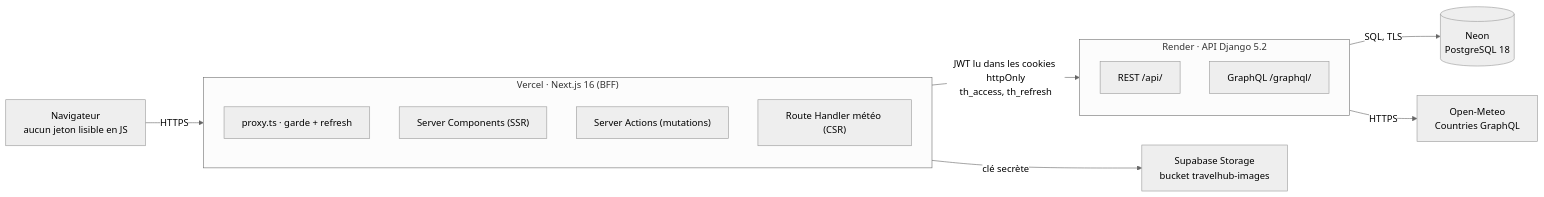
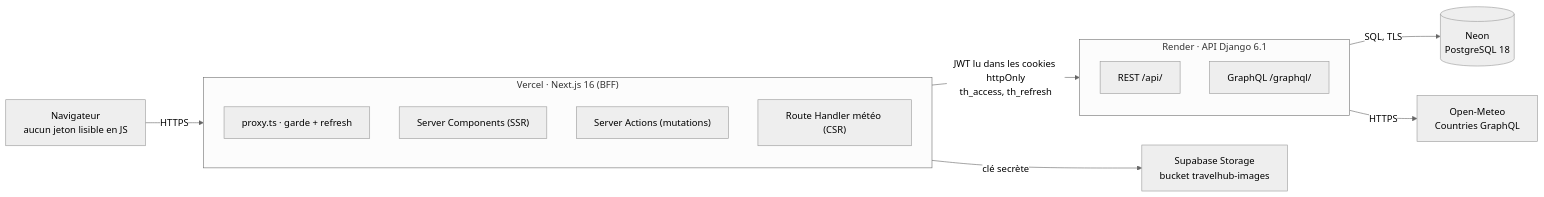
The diagram in docs/plan-tp2.md (TheManInPink/TravelHub), drawn with Mermaid (neutral theme) before and after one commit. The commit also changed other lines of this file, not shown here.

Commit message:
docs : le back-end passe à Django 6.1 dans le plan du TP2

````diff
--- a/docs/plan-tp2.md
+++ b/docs/plan-tp2.md
@@ -146,22 +146,22 @@
 ```mermaid
 flowchart LR
     nav["Navigateur<br/>aucun jeton lisible en JS"]
     subgraph vercel["Vercel · Next.js 16 (BFF)"]
         proxy["proxy.ts · garde + refresh"]
         rsc["Server Components (SSR)"]
         actions["Server Actions (mutations)"]
         route["Route Handler météo (CSR)"]
     end
-    subgraph render["Render · API Django 5.2"]
+    subgraph render["Render · API Django 6.1"]
         rest["REST /api/"]
         gql["GraphQL /graphql/"]
     end
     neon[("Neon<br/>PostgreSQL 18")]
     ext["Open-Meteo<br/>Countries GraphQL"]
     supa["Supabase Storage<br/>bucket travelhub-images"]
     nav -- "HTTPS" --> vercel
     vercel -- "JWT lu dans les cookies httpOnly<br/>th_access, th_refresh" --> render
     render -- "SQL, TLS" --> neon
     render -- "HTTPS" --> ext
     vercel -- "clé secrète" --> supa
 ```
````
